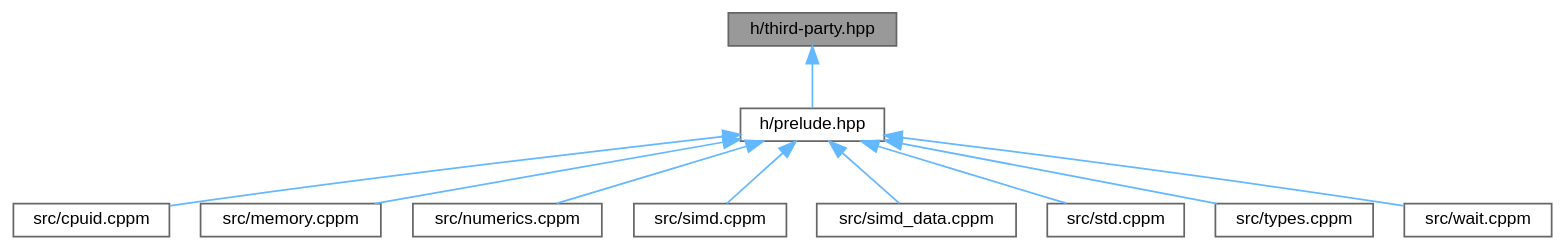
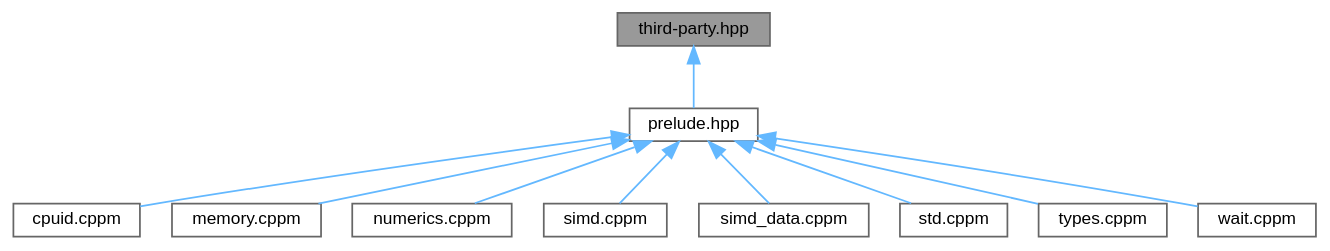
Before and after one commit to ekmett/ein: the diagram in df/dc9/third-party_8hpp__dep__incl.dot, drawn with Graphviz. The commit also changed 78 other files, not shown here.

```diff
--- a/df/dc9/third-party_8hpp__dep__incl.dot
+++ b/df/dc9/third-party_8hpp__dep__incl.dot
@@ -1,27 +1,27 @@
-digraph "h/third-party.hpp"
+digraph "third-party.hpp"
 {
  // INTERACTIVE_SVG=YES
  // LATEX_PDF_SIZE
   bgcolor="transparent";
   edge [fontname=Helvetica,fontsize=10,labelfontname=Helvetica,labelfontsize=10];
   node [fontname=Helvetica,fontsize=10,shape=box,height=0.2,width=0.4];
-  Node1 [id="Node000001",label="h/third-party.hpp",height=0.2,width=0.4,color="gray40", fillcolor="grey60", style="filled", fontcolor="black",tooltip="third-party libraries"];
+  Node1 [id="Node000001",label="third-party.hpp",height=0.2,width=0.4,color="gray40", fillcolor="grey60", style="filled", fontcolor="black",tooltip="third-party libraries"];
   Node1 -> Node2 [id="edge1_Node000001_Node000002",dir="back",color="steelblue1",style="solid",tooltip=" "];
-  Node2 [id="Node000002",label="h/prelude.hpp",height=0.2,width=0.4,color="grey40", fillcolor="white", style="filled",URL="$de/d13/prelude_8hpp.html",tooltip="All c++ headers."];
+  Node2 [id="Node000002",label="prelude.hpp",height=0.2,width=0.4,color="grey40", fillcolor="white", style="filled",URL="$de/d13/prelude_8hpp.html",tooltip="All c++ headers."];
   Node2 -> Node3 [id="edge2_Node000002_Node000003",dir="back",color="steelblue1",style="solid",tooltip=" "];
-  Node3 [id="Node000003",label="src/cpuid.cppm",height=0.2,width=0.4,color="grey40", fillcolor="white", style="filled",URL="$d2/d8a/cpuid_8cppm.html",tooltip=" "];
+  Node3 [id="Node000003",label="cpuid.cppm",height=0.2,width=0.4,color="grey40", fillcolor="white", style="filled",URL="$d2/d8a/cpuid_8cppm.html",tooltip=" "];
   Node2 -> Node4 [id="edge3_Node000002_Node000004",dir="back",color="steelblue1",style="solid",tooltip=" "];
-  Node4 [id="Node000004",label="src/memory.cppm",height=0.2,width=0.4,color="grey40", fillcolor="white", style="filled",URL="$d8/d4c/memory_8cppm.html",tooltip=" "];
+  Node4 [id="Node000004",label="memory.cppm",height=0.2,width=0.4,color="grey40", fillcolor="white", style="filled",URL="$d8/d4c/memory_8cppm.html",tooltip=" "];
   Node2 -> Node5 [id="edge4_Node000002_Node000005",dir="back",color="steelblue1",style="solid",tooltip=" "];
-  Node5 [id="Node000005",label="src/numerics.cppm",height=0.2,width=0.4,color="grey40", fillcolor="white", style="filled",URL="$d5/d65/numerics_8cppm.html",tooltip=" "];
+  Node5 [id="Node000005",label="numerics.cppm",height=0.2,width=0.4,color="grey40", fillcolor="white", style="filled",URL="$d5/d65/numerics_8cppm.html",tooltip=" "];
   Node2 -> Node6 [id="edge5_Node000002_Node000006",dir="back",color="steelblue1",style="solid",tooltip=" "];
-  Node6 [id="Node000006",label="src/simd.cppm",height=0.2,width=0.4,color="grey40", fillcolor="white", style="filled",URL="$da/d01/simd_8cppm.html",tooltip=" "];
+  Node6 [id="Node000006",label="simd.cppm",height=0.2,width=0.4,color="grey40", fillcolor="white", style="filled",URL="$da/d01/simd_8cppm.html",tooltip=" "];
   Node2 -> Node7 [id="edge6_Node000002_Node000007",dir="back",color="steelblue1",style="solid",tooltip=" "];
-  Node7 [id="Node000007",label="src/simd_data.cppm",height=0.2,width=0.4,color="grey40", fillcolor="white", style="filled",URL="$df/d88/simd__data_8cppm.html",tooltip=" "];
+  Node7 [id="Node000007",label="simd_data.cppm",height=0.2,width=0.4,color="grey40", fillcolor="white", style="filled",URL="$df/d88/simd__data_8cppm.html",tooltip=" "];
   Node2 -> Node8 [id="edge7_Node000002_Node000008",dir="back",color="steelblue1",style="solid",tooltip=" "];
-  Node8 [id="Node000008",label="src/std.cppm",height=0.2,width=0.4,color="grey40", fillcolor="white", style="filled",URL="$d8/d08/std_8cppm.html",tooltip="polyfill missing standard library functions"];
+  Node8 [id="Node000008",label="std.cppm",height=0.2,width=0.4,color="grey40", fillcolor="white", style="filled",URL="$d8/d08/std_8cppm.html",tooltip="polyfill missing standard library functions"];
   Node2 -> Node9 [id="edge8_Node000002_Node000009",dir="back",color="steelblue1",style="solid",tooltip=" "];
-  Node9 [id="Node000009",label="src/types.cppm",height=0.2,width=0.4,color="grey40", fillcolor="white", style="filled",URL="$d8/dcb/types_8cppm.html",tooltip=" "];
+  Node9 [id="Node000009",label="types.cppm",height=0.2,width=0.4,color="grey40", fillcolor="white", style="filled",URL="$d8/dcb/types_8cppm.html",tooltip=" "];
   Node2 -> Node10 [id="edge9_Node000002_Node000010",dir="back",color="steelblue1",style="solid",tooltip=" "];
-  Node10 [id="Node000010",label="src/wait.cppm",height=0.2,width=0.4,color="grey40", fillcolor="white", style="filled",URL="$d0/def/wait_8cppm.html",tooltip="waiting strategies"];
+  Node10 [id="Node000010",label="wait.cppm",height=0.2,width=0.4,color="grey40", fillcolor="white", style="filled",URL="$d0/def/wait_8cppm.html",tooltip="waiting strategies"];
 }
```
